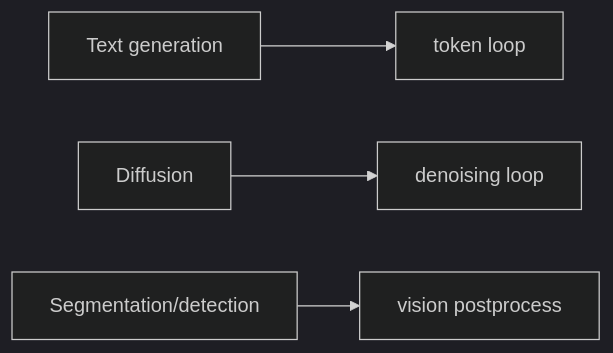
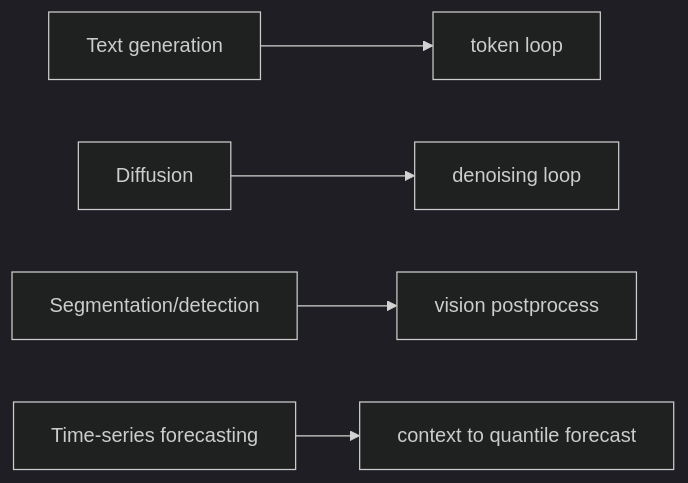
Before and after one commit to NVIDIA/TensorRT-Model-Connect: the first of 3 diagrams in website/docs/tutorials/intermediate/diffusion-and-time-series.md, drawn with Mermaid (dark theme). The commit also changed other lines of this file and 33 other files, not shown here.

````diff
--- a/website/docs/tutorials/intermediate/diffusion-and-time-series.md
+++ b/website/docs/tutorials/intermediate/diffusion-and-time-series.md
@@ -9,6 +15,7 @@
 ```mermaid
 flowchart LR
   TextTask["Text generation"] --> TokenLoop["token loop"]
   DiffTask["Diffusion"] --> DenoiseLoop["denoising loop"]
   SegmentTask["Segmentation/detection"] --> VisionPost["vision postprocess"]
+  SeriesTask["Time-series forecasting"] --> Forecast["context to quantile forecast"]
 ```
````
